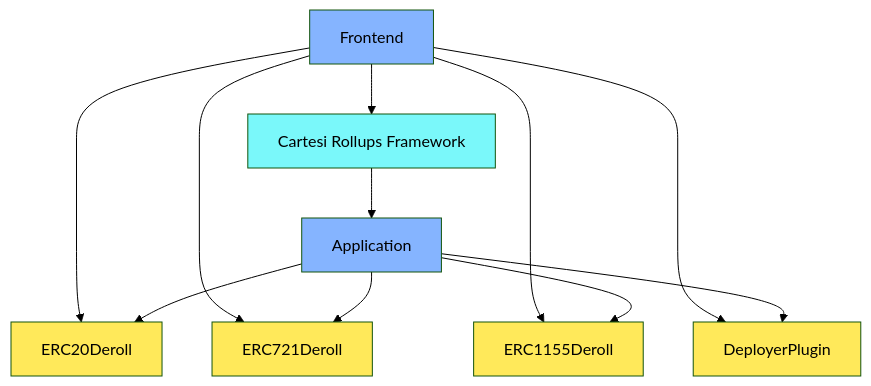
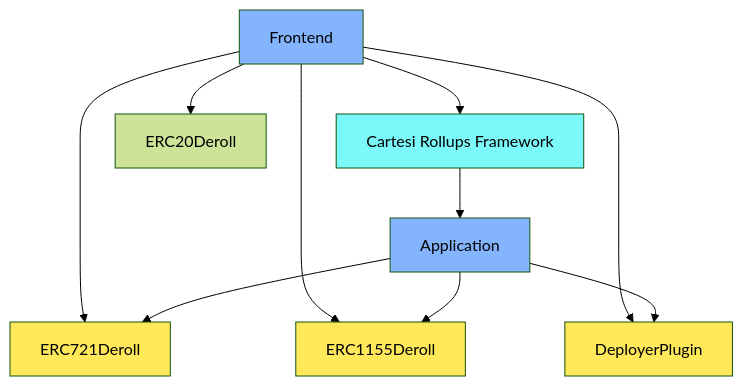
One commit to Mugen-Builders/echo-plus-deroll changed the first of 4 diagrams in contracts/README.md. Above: the diagram before and after it, drawn with Mermaid (forest theme). The commit also changed other lines of this file, not shown here.

````diff
--- a/contracts/README.md
+++ b/contracts/README.md
@@ -12,27 +12,25 @@
 ```mermaid
 graph TD
     classDef core fill:#ffe95a,color:#000
     classDef master fill: #7AF8FA,color:#000
     classDef external fill:#85b4ff,color:#000
 
-    ERC20Deroll:::core
     ERC721Deroll:::core
     ERC1155Deroll:::core
     DeployerPlugin:::core
     Application:::external
     CRF[Cartesi Rollups Framework]:::master
     Frontend:::external
     
     Frontend --> CRF
     CRF --> Application
 
     Frontend --> DeployerPlugin
     Frontend --> ERC20Deroll
     Frontend --> ERC721Deroll
     Frontend --> ERC1155Deroll
     
-    Application --> ERC20Deroll
     Application --> ERC721Deroll
     Application --> ERC1155Deroll
     Application --> DeployerPlugin
 ```
````
